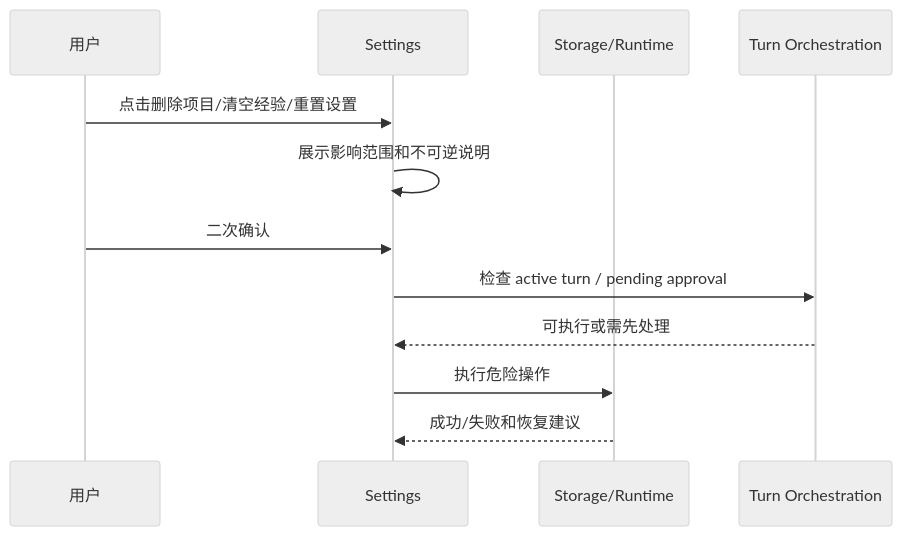
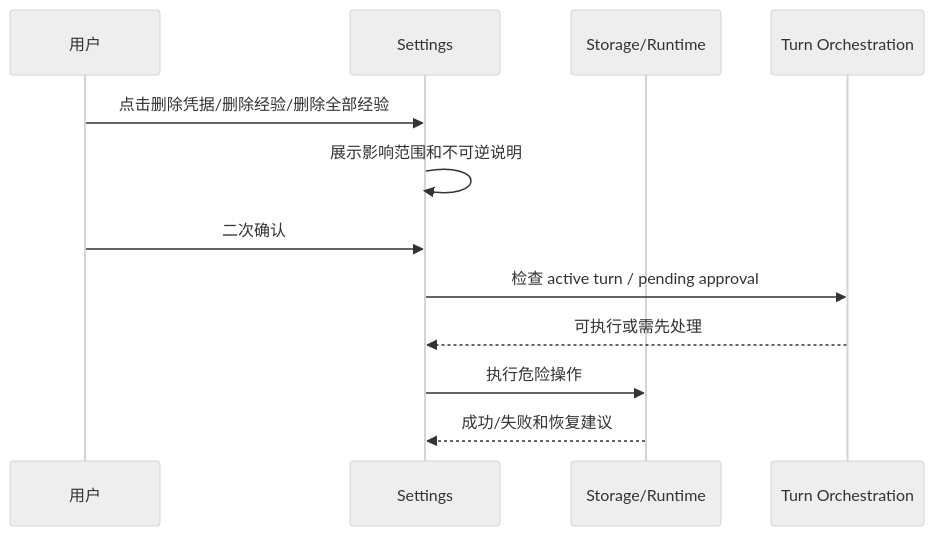
One commit to jinhuang712/open-novel changed the diagram in spec/M14-settings.md. Above: the diagram before and after it, drawn with Mermaid (neutral theme). The commit also changed other lines of this file and 79 other files, not shown here.

````diff
--- a/spec/M14-settings.md
+++ b/spec/M14-settings.md
@@ -57,15 +60,15 @@
 ```mermaid
 sequenceDiagram
   participant U as 用户
   participant UI as Settings
   participant S as Storage/Runtime
   participant T as Turn Orchestration
 
-  U->>UI: 点击删除项目/清空经验/重置设置
+  U->>UI: 点击删除凭据/删除经验/删除全部经验
   UI->>UI: 展示影响范围和不可逆说明
   U->>UI: 二次确认
   UI->>T: 检查 active turn / pending approval
   T-->>UI: 可执行或需先处理
   UI->>S: 执行危险操作
   S-->>UI: 成功/失败和恢复建议
 ```
````
